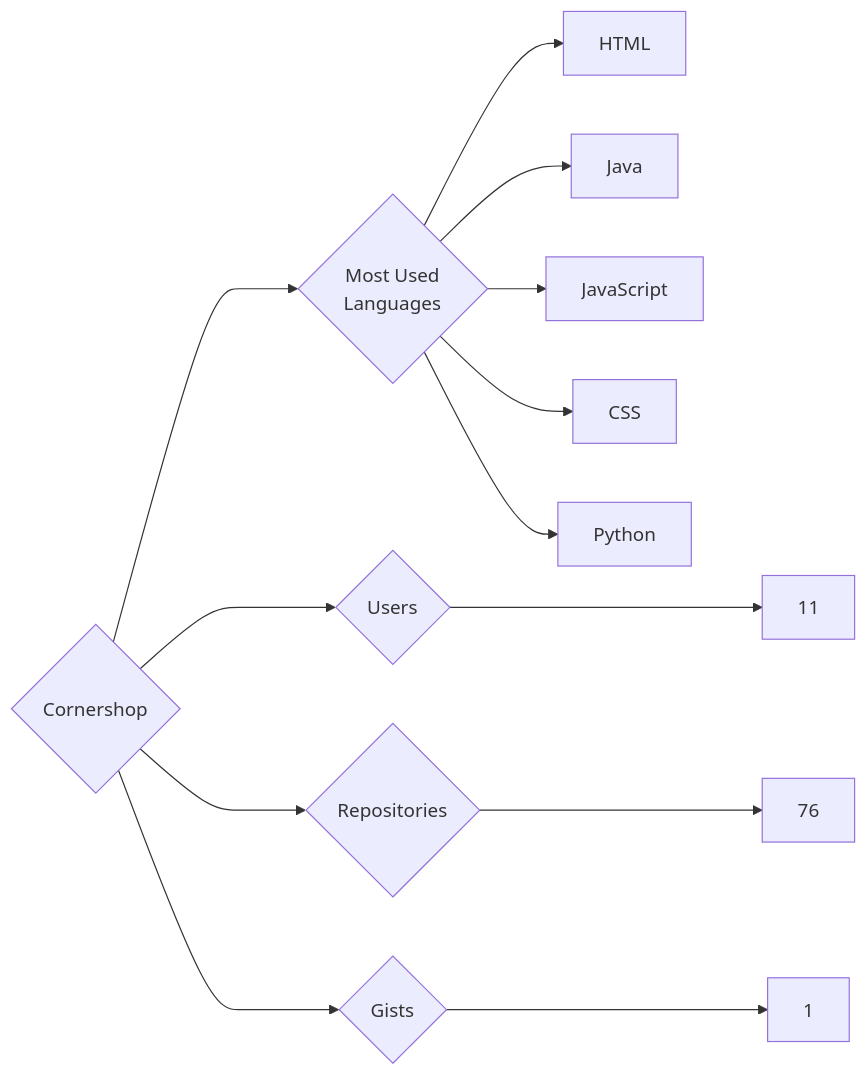
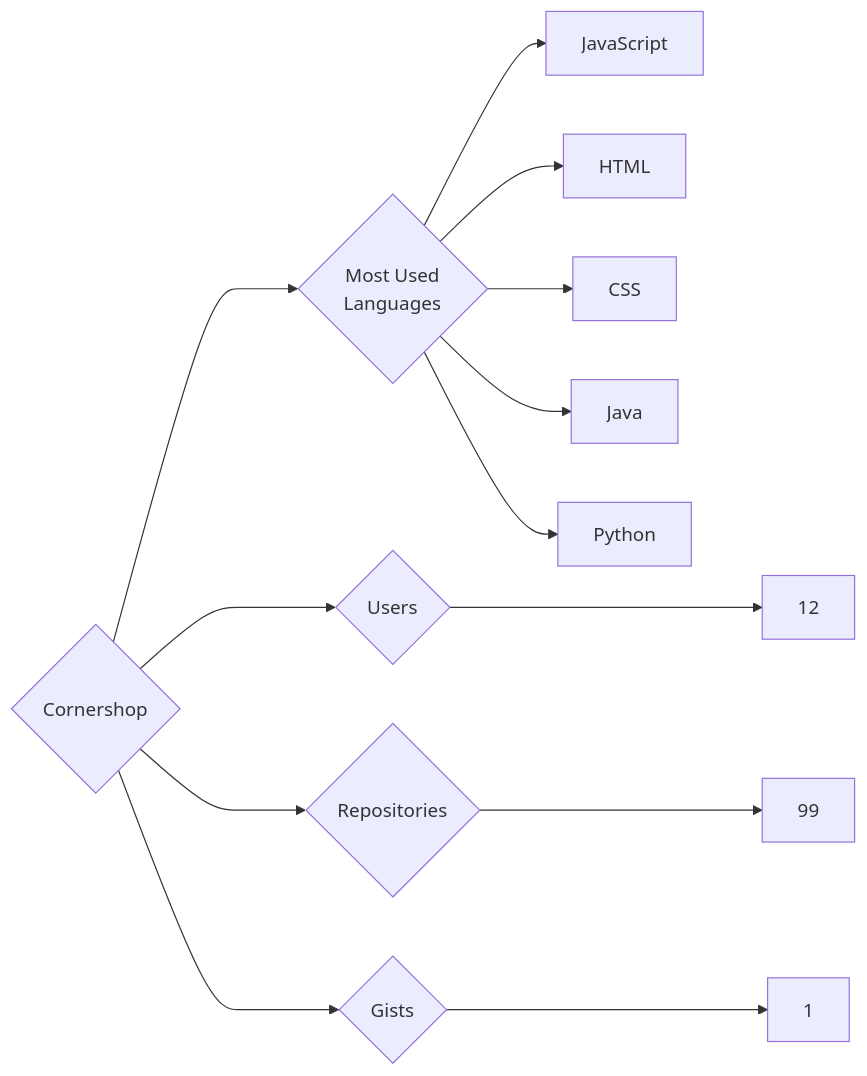
Before and after one commit to trickest/insiders: the diagram in targets/Cornershop/README.md, drawn with Mermaid. The commit also changed 1170 other files, not shown here.

````diff
--- a/targets/Cornershop/README.md
+++ b/targets/Cornershop/README.md
@@ -3,13 +3,13 @@
 ```mermaid
 graph LR
 COMPANY_NAME{Cornershop}
-COMPANY_NAME ---> U{Users} ---> UN[11]
-COMPANY_NAME ---> R{Repositories} ---> RN[76]
+COMPANY_NAME ---> U{Users} ---> UN[12]
+COMPANY_NAME ---> R{Repositories} ---> RN[99]
 COMPANY_NAME ---> G{Gists} ---> GN[1]
 COMPANY_NAME ---> ML{Most Used<br>Languages}
+ML --> JavaScript[JavaScript]
 ML --> HTML[HTML]
+ML --> CSS[CSS]
 ML --> Java[Java]
-ML --> JavaScript[JavaScript]
-ML --> CSS[CSS]
 ML --> Python[Python]
 ```
````
